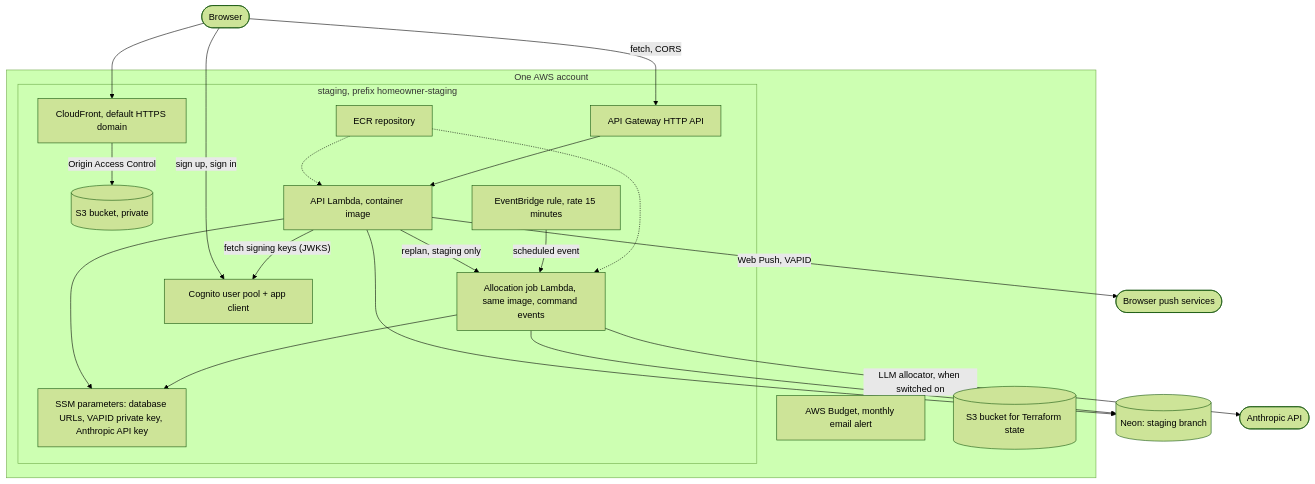
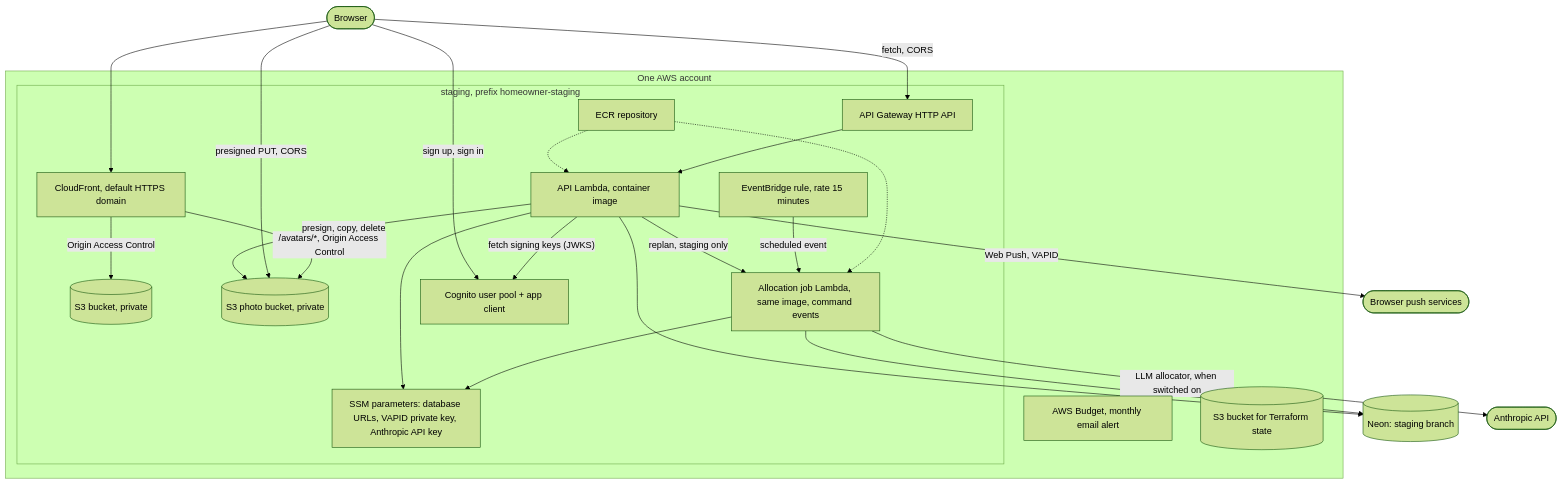
The second of 4 diagrams in docs/architecture/infrastructure.md (AbnerWillclefy/Homeowner), drawn with Mermaid (forest theme) before and after one commit. The commit also changed other lines of this file and 3 other files, not shown here.

````diff
--- a/docs/architecture/infrastructure.md
+++ b/docs/architecture/infrastructure.md
@@ -43,36 +43,40 @@
 ```mermaid
 flowchart TB
     user(["Browser"])
     subgraph aws["One AWS account"]
       subgraph stg["staging, prefix homeowner-staging"]
         cf["CloudFront, default HTTPS domain"]
         s3[("S3 bucket, private")]
+        photos[("S3 photo bucket, private")]
         apigw["API Gateway HTTP API"]
         fn["API Lambda, container image"]
         ecr["ECR repository"]
         ssm["SSM parameters: database URLs, VAPID private key, Anthropic API key"]
         eb["EventBridge rule, rate 15 minutes"]
         alloc["Allocation job Lambda, same image, command events"]
         cog["Cognito user pool + app client"]
       end
       bud["AWS Budget, monthly email alert"]
       tf[("S3 bucket for Terraform state")]
     end
     neon[("Neon: staging branch")]
     user --> cf
     cf -- "Origin Access Control" --> s3
+    cf -- "/avatars/*, Origin Access Control" --> photos
+    user -- "presigned PUT, CORS" --> photos
+    fn -- "presign, copy, delete" --> photos
     user -- "fetch, CORS" --> apigw
     apigw --> fn
     ecr -.-> fn
     ecr -.-> alloc
     eb -- "scheduled event" --> alloc
     alloc --> ssm
     alloc --> neon
     alloc -- "LLM allocator, when switched on" --> anthropic(["Anthropic API"])
     fn -- "replan, staging only" --> alloc
     fn --> ssm
     fn --> neon
     fn -- "Web Push, VAPID" --> push(["Browser push services"])
     fn -- "fetch signing keys (JWKS)" --> cog
     user -- "sign up, sign in" --> cog
 ```
````
